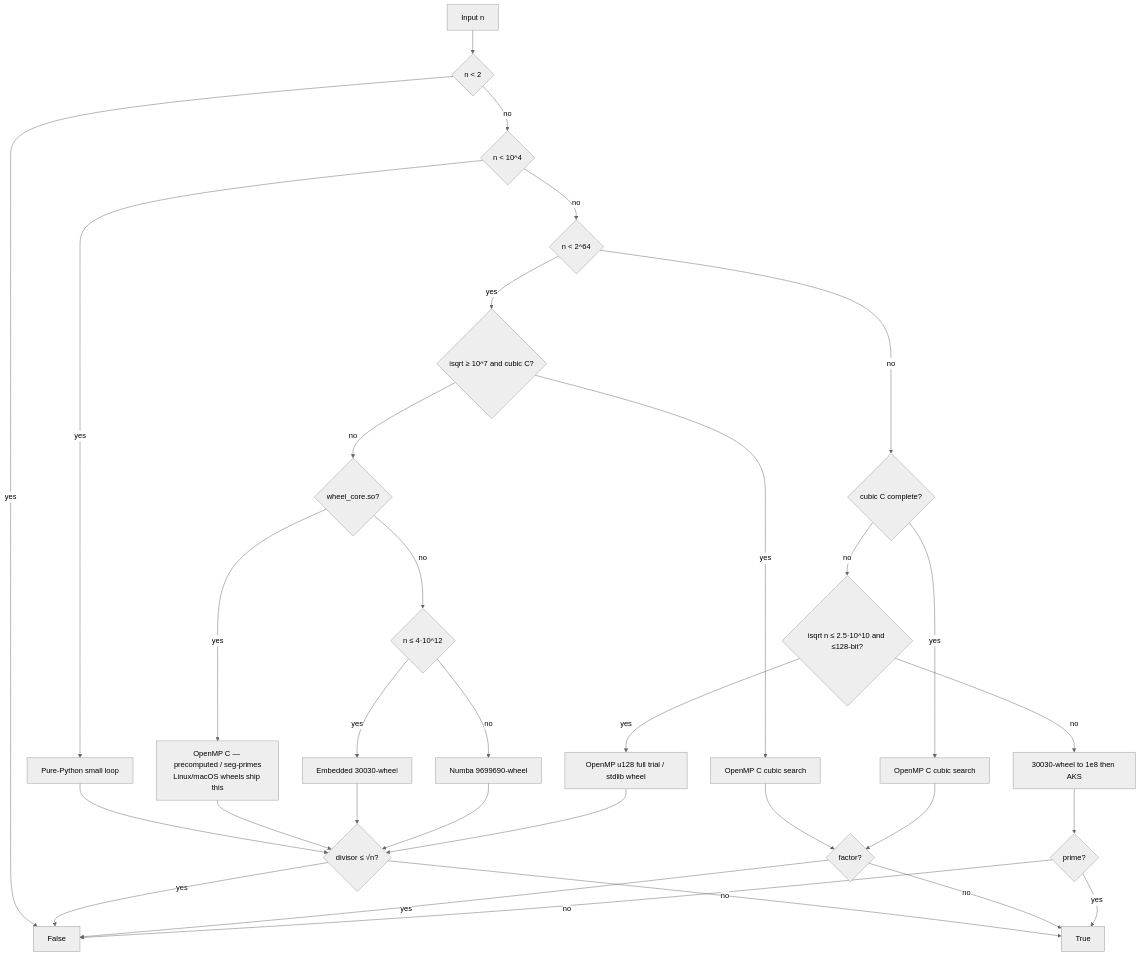
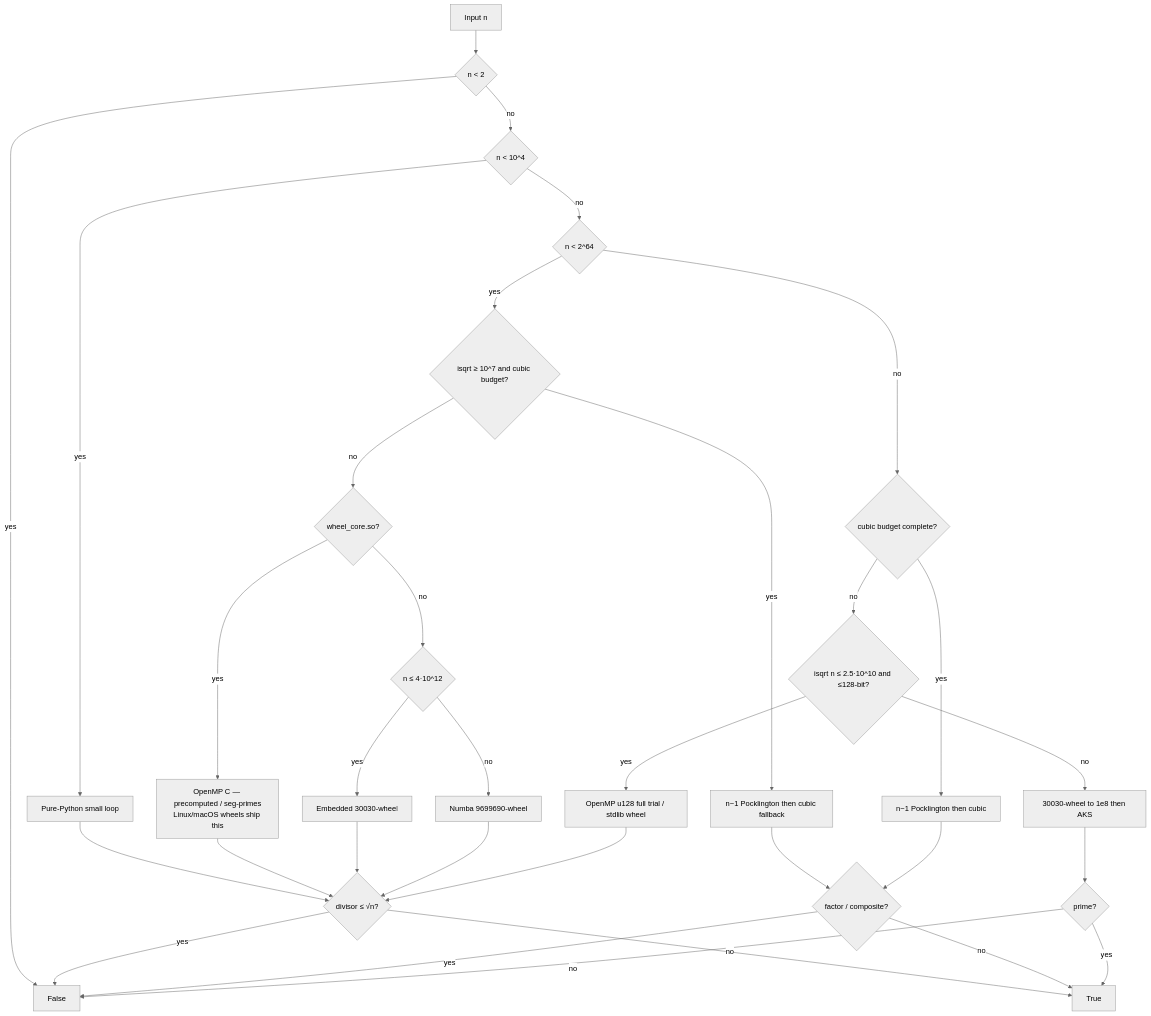
One commit to BurakAhmet/Best-Prime-Number-Function changed the diagram in docs/guide/engines.md. Above: the diagram before and after it, drawn with Mermaid (neutral theme). The commit also changed other lines of this file and 37 other files, not shown here.

First line of the commit message:
feat: n−1 Pocklington before cubic on the hard path (#57)

````diff
--- a/docs/guide/engines.md
+++ b/docs/guide/engines.md
@@ -22,34 +24,34 @@
 ```mermaid
 flowchart TD
   A[Input n] --> B{n < 2}
   B -->|yes| Z1[False]
   B -->|no| C{n < 10^4}
   C -->|yes| P1[Pure-Python small loop]
   C -->|no| D{n < 2^64}
-  D -->|yes| E0{isqrt ≥ 10^7 and cubic C?}
-  E0 -->|yes| P7[OpenMP C cubic search]
+  D -->|yes| E0{isqrt ≥ 10^7 and cubic budget?}
+  E0 -->|yes| P7[n−1 Pocklington then cubic fallback]
   P7 --> Z3
   E0 -->|no| E{wheel_core.so?}
   E -->|yes| P2[OpenMP C — precomputed / seg-primes<br/>Linux/macOS wheels ship this]
   E -->|no| F{n ≤ 4·10^12}
   F -->|yes| P3[Embedded 30030-wheel]
   F -->|no| P4[Numba 9699690-wheel]
   P1 --> G{divisor ≤ √n?}
   P2 --> G
   P3 --> G
   P4 --> G
   G -->|yes| Z1
   G -->|no| Z2[True]
-  D -->|no| H0{cubic C complete?}
-  H0 -->|yes| P6[OpenMP C cubic search]
-  P6 --> Z3{factor?}
+  D -->|no| H0{cubic budget complete?}
+  H0 -->|yes| P6[n−1 Pocklington then cubic]
+  P6 --> Z3{factor / composite?}
   Z3 -->|yes| Z1
   Z3 -->|no| Z2
   H0 -->|no| H{isqrt n ≤ 2.5·10^10 and ≤128-bit?}
   H -->|yes| P5[OpenMP u128 full trial / stdlib wheel]
   P5 --> G
   H -->|no| I[30030-wheel to 1e8 then AKS]
   I --> L{prime?}
   L -->|yes| Z2
   L -->|no| Z1
 ```
````
